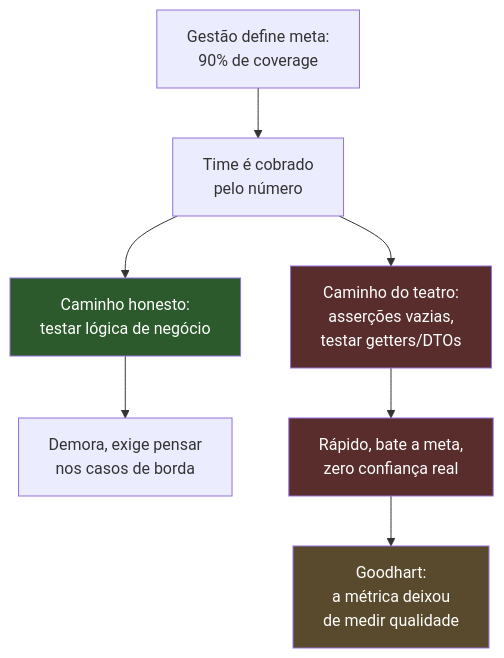
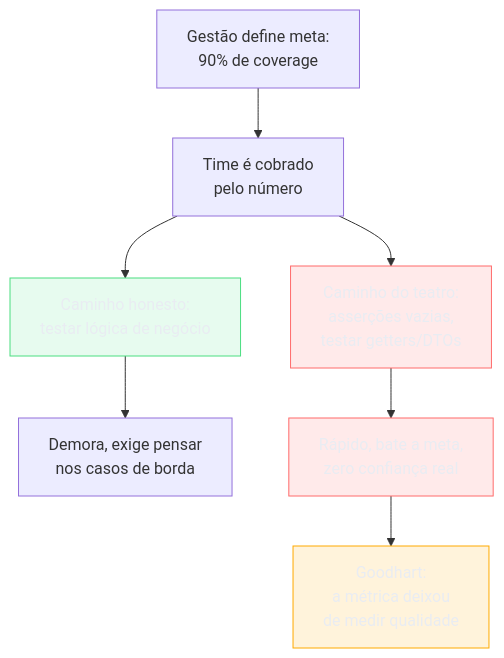
One commit to josenaldo/codex-technomanticus changed the third of 6 diagrams in 03-Dominios/Engenharia/Testes/12 - Coverage e mutation testing.md. Above: the diagram before and after it, drawn with Mermaid. The commit also changed other lines of this file and 1181 other files, not shown here.

First line of the commit message:
fix(diagramas): paleta do sistema no lugar de cor cravada no markdown

````diff
--- a/03-Dominios/Engenharia/Testes/12 - Coverage e mutation testing.md
+++ b/03-Dominios/Engenharia/Testes/12 - Coverage e mutation testing.md
@@ -121,14 +125,17 @@
 ```mermaid
 flowchart TD
+    classDef falha fill:#FF6B6B24,stroke:#FF6B6B,color:#E9ECF2
+    classDef destaque fill:#FFAA0024,stroke:#FFAA00,color:#E9ECF2
+    classDef ok fill:#4ADE8021,stroke:#4ADE80,color:#E9ECF2
     A["Gestão define meta:<br/>90% de coverage"] --> B["Time é cobrado<br/>pelo número"]
     B --> C["Caminho honesto:<br/>testar lógica de negócio"]
     B --> D["Caminho do teatro:<br/>asserções vazias,<br/>testar getters/DTOs"]
     C --> E["Demora, exige pensar<br/>nos casos de borda"]
     D --> F["Rápido, bate a meta,<br/>zero confiança real"]
     F --> G["Goodhart:<br/>a métrica deixou<br/>de medir qualidade"]
 
-    style D fill:#5a2d2d,color:#fff
-    style F fill:#5a2d2d,color:#fff
-    style G fill:#5a4a2d,color:#fff
-    style C fill:#2d5a2d,color:#fff
+    class D falha
+    class F falha
+    class G destaque
+    class C ok
 ```
````
